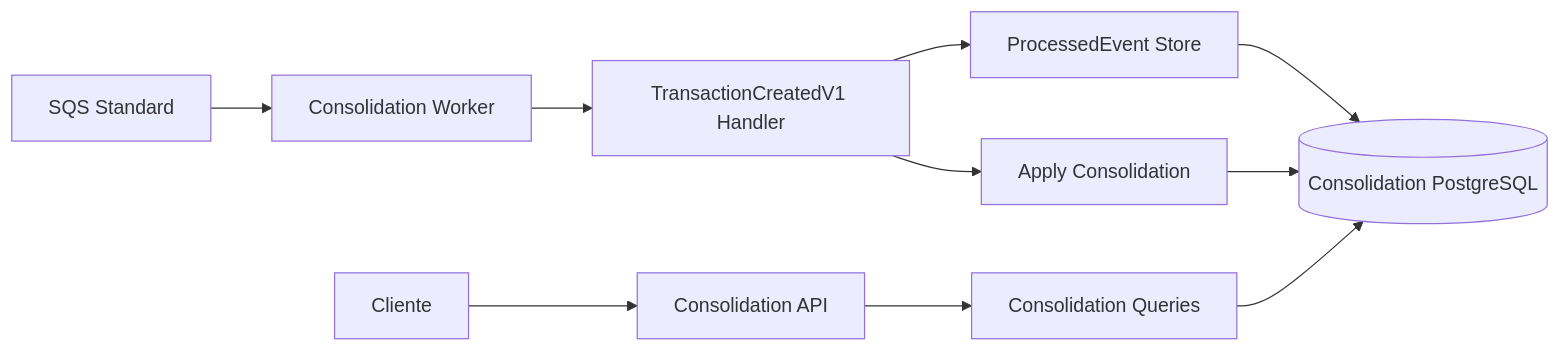
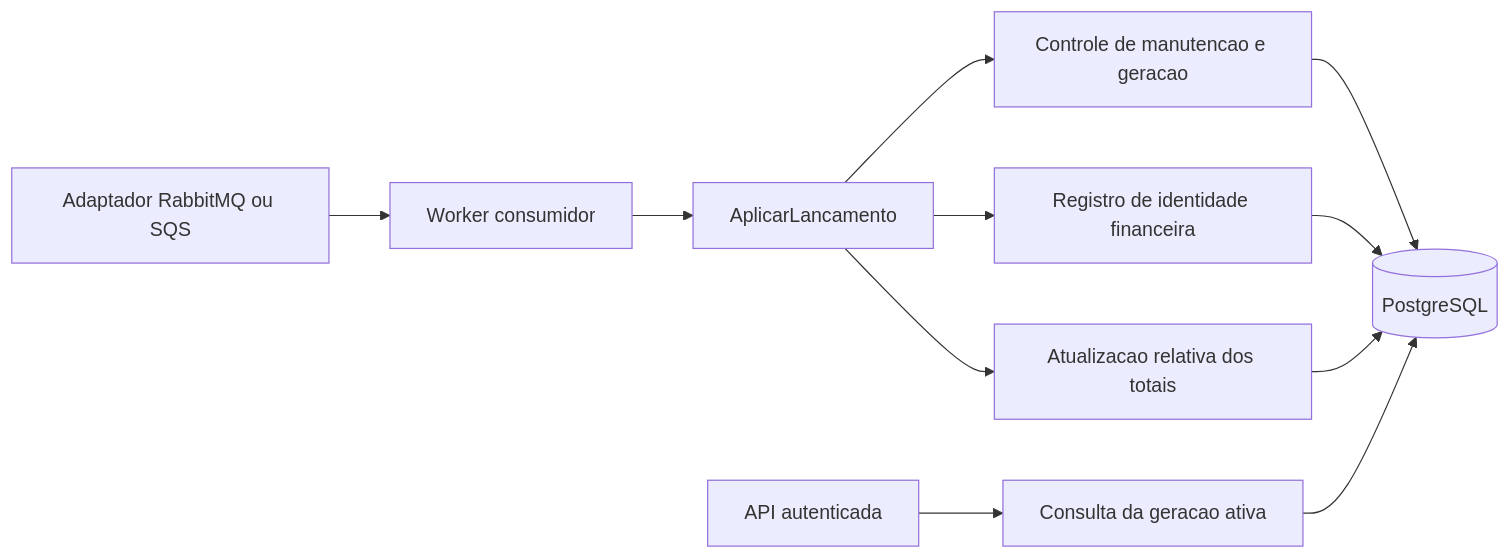
One commit to ThiagoFerraciolli/cash-flow-architecture changed the second of 2 diagrams in docs/05-arquitetura-software/c4-componentes.md. Above: the diagram before and after it, drawn with Mermaid. The commit also changed other lines of this file and 37 other files, not shown here.

````diff
--- a/docs/05-arquitetura-software/c4-componentes.md
+++ b/docs/05-arquitetura-software/c4-componentes.md
@@ -31,12 +29,13 @@
 ```mermaid
 flowchart LR
-  Q[SQS Standard] --> Worker[Consolidation Worker]
-  Worker --> Consumer[TransactionCreatedV1 Handler]
-  Consumer --> Dedup[ProcessedEvent Store]
-  Consumer --> Apply[Apply Consolidation]
-  Dedup --> Db[(Consolidation PostgreSQL)]
-  Apply --> Db
-  Client[Cliente] --> API[Consolidation API]
-  API --> Query[Consolidation Queries]
-  Query --> Db
+    ADP[Adaptador RabbitMQ ou SQS] --> WORK[Worker consumidor]
+    WORK --> APPLY[AplicarLancamento]
+    APPLY --> CONTROL[Controle de manutencao e geracao]
+    APPLY --> DEDUP[Registro de identidade financeira]
+    APPLY --> SUM[Atualizacao relativa dos totais]
+    CONTROL --> DB[(PostgreSQL)]
+    DEDUP --> DB
+    SUM --> DB
+    HTTP[API autenticada] --> QUERY[Consulta da geracao ativa]
+    QUERY --> DB
 ```
````
